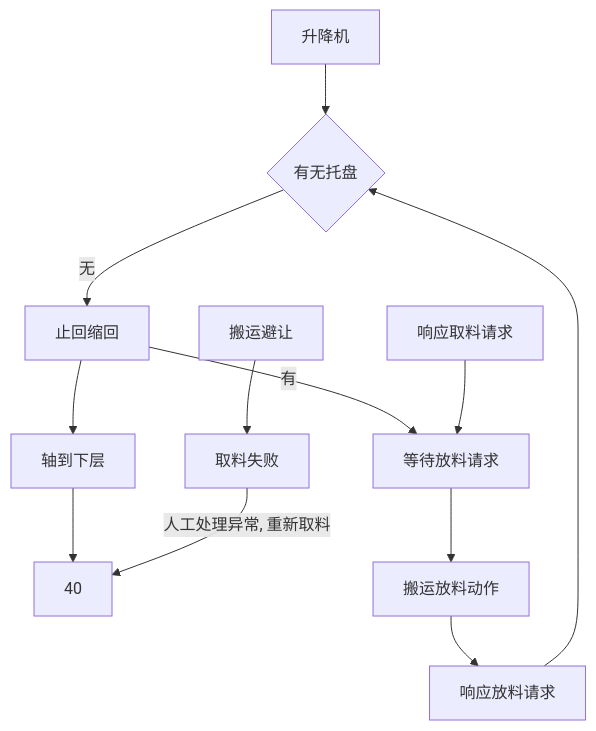
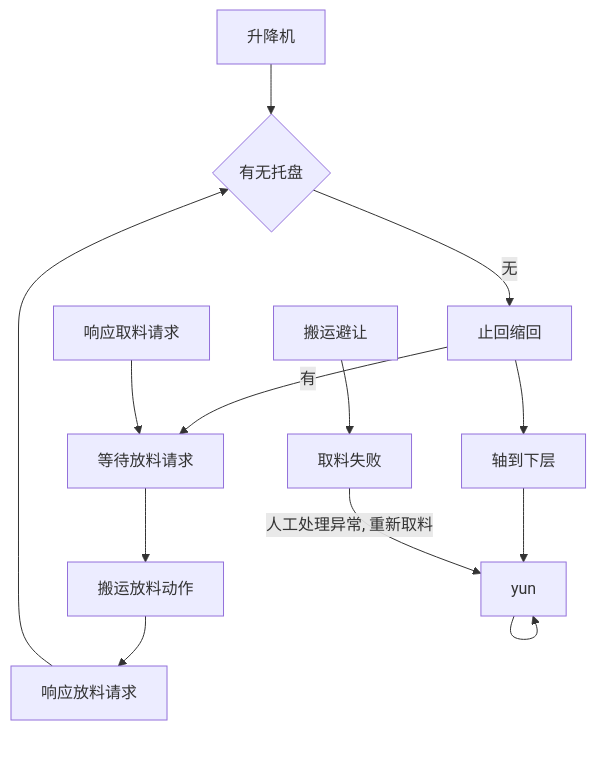
The diagram in all/升降台.md (PengKun1/iodraw-files), drawn with Mermaid before and after one commit.

Commit message:
2024-12-23 10:19:29 update

````diff
--- a/all/升降台.md
+++ b/all/升降台.md
@@ -1,15 +1,16 @@
 ```mermaid
 graph TD
 0[升降机]-->10
 10{有无托盘}-->|无|20
 20-->|有|60
 20[止回缩回]-->30
 30[轴到下层]-->40
+40[yun]-->40
 50[响应取料请求]-->60
 60[等待放料请求]-->70
 70[搬运放料动作]-->80
 80[响应放料请求]-->10
 90[搬运避让]-->900
 
 900[取料失败]-->|人工处理异常, 重新取料|40
 ```
````
